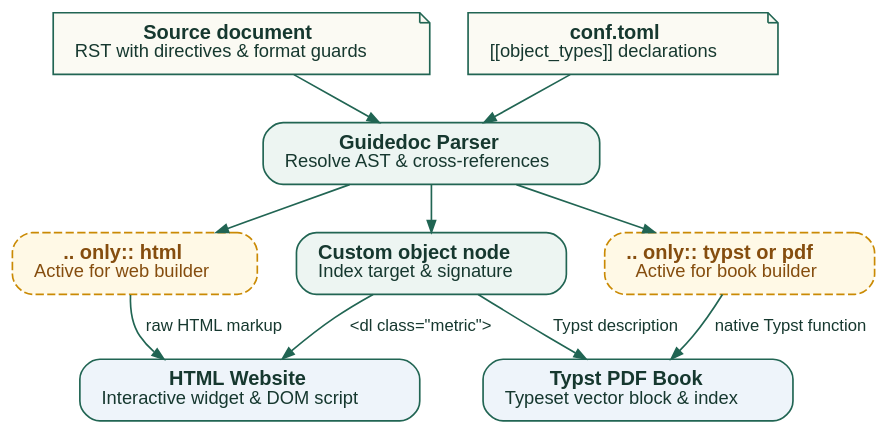
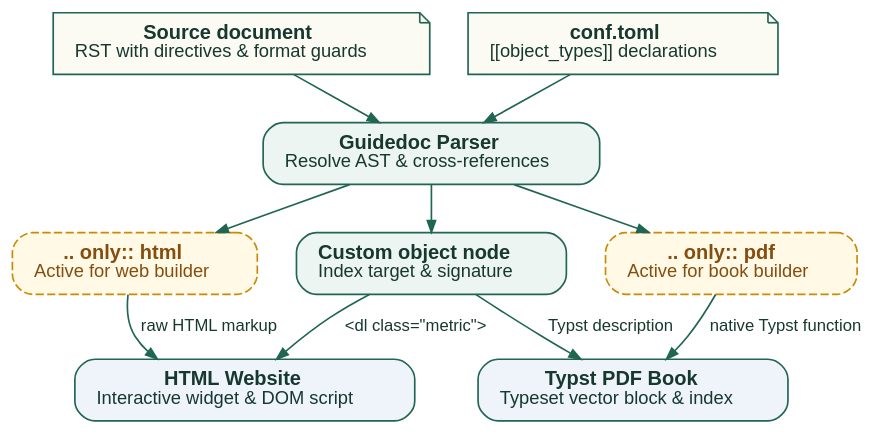
The diagram in docs/manual/tutorial/dynamic-content-and-directives.rst (insanai/guidedog), drawn with Graphviz before and after one commit. The commit also changed other lines of this file and 5 other files, not shown here.

```diff
--- a/docs/manual/tutorial/dynamic-content-and-directives.rst
+++ b/docs/manual/tutorial/dynamic-content-and-directives.rst
@@ -12,43 +12,43 @@
 .. graphviz::
    :class: graphviz-adaptive
    :caption: Format-gated evaluation and custom directives across HTML and PDF pipelines.
    :alt: One source document evaluates object types for both outputs, sending raw HTML to the web and raw Typst to the PDF book.
 
    digraph dynamic_directives {
      graph [rankdir=TB, bgcolor="transparent", pad="0.22", nodesep="0.32", ranksep="0.38"];
      node [shape=box, style="rounded,filled", fillcolor="#edf5f2", color="#216553",
            fontname="Helvetica", fontcolor="#16382f", fontsize=12, margin="0.18,0.1"];
      edge [color="#216553", fontname="Helvetica", fontcolor="#16382f", fontsize=10, arrowsize=0.7];
 
      source [class="gd-input", shape=note, fillcolor="#fbfaf3",
              label=<<B>Source document</B><BR/><FONT POINT-SIZE="11">RST with directives &amp; format guards</FONT>>];
 
      conf [class="gd-input", shape=note, fillcolor="#fbfaf3",
            label=<<B>conf.toml</B><BR/><FONT POINT-SIZE="11">[[object_types]] declarations</FONT>>];
 
      parser [label=<<B>Guidedoc Parser</B><BR/><FONT POINT-SIZE="11">Resolve AST &amp; cross-references</FONT>>];
 
      obj_node [label=<<B>Custom object node</B><BR/><FONT POINT-SIZE="11">Index target &amp; signature</FONT>>];
 
      only_html [class="gd-plugin", style="rounded,dashed,filled", fillcolor="#fff9e6", color="#ca8a04", fontcolor="#854d0e",
                 label=<<B>.. only:: html</B><BR/><FONT POINT-SIZE="11">Active for web builder</FONT>>];
 
      only_typst [class="gd-plugin", style="rounded,dashed,filled", fillcolor="#fff9e6", color="#ca8a04", fontcolor="#854d0e",
-                 label=<<B>.. only:: typst or pdf</B><BR/><FONT POINT-SIZE="11">Active for book builder</FONT>>];
+                 label=<<B>.. only:: pdf</B><BR/><FONT POINT-SIZE="11">Active for book builder</FONT>>];
 
      html_out [class="gd-output", fillcolor="#eef4fa",
                label=<<B>HTML Website</B><BR/><FONT POINT-SIZE="11">Interactive widget &amp; DOM script</FONT>>];
 
      typst_out [class="gd-output", fillcolor="#eef4fa",
                 label=<<B>Typst PDF Book</B><BR/><FONT POINT-SIZE="11">Typeset vector block &amp; index</FONT>>];
 
      source -> parser;
      conf -> parser;
      parser -> obj_node;
      parser -> only_html;
      parser -> only_typst;
      obj_node -> html_out [label="&lt;dl class=\"metric\"&gt;"];
      obj_node -> typst_out [label="Typst description"];
      only_html -> html_out [label="raw HTML markup"];
      only_typst -> typst_out [label="native Typst function"];
    }
```
